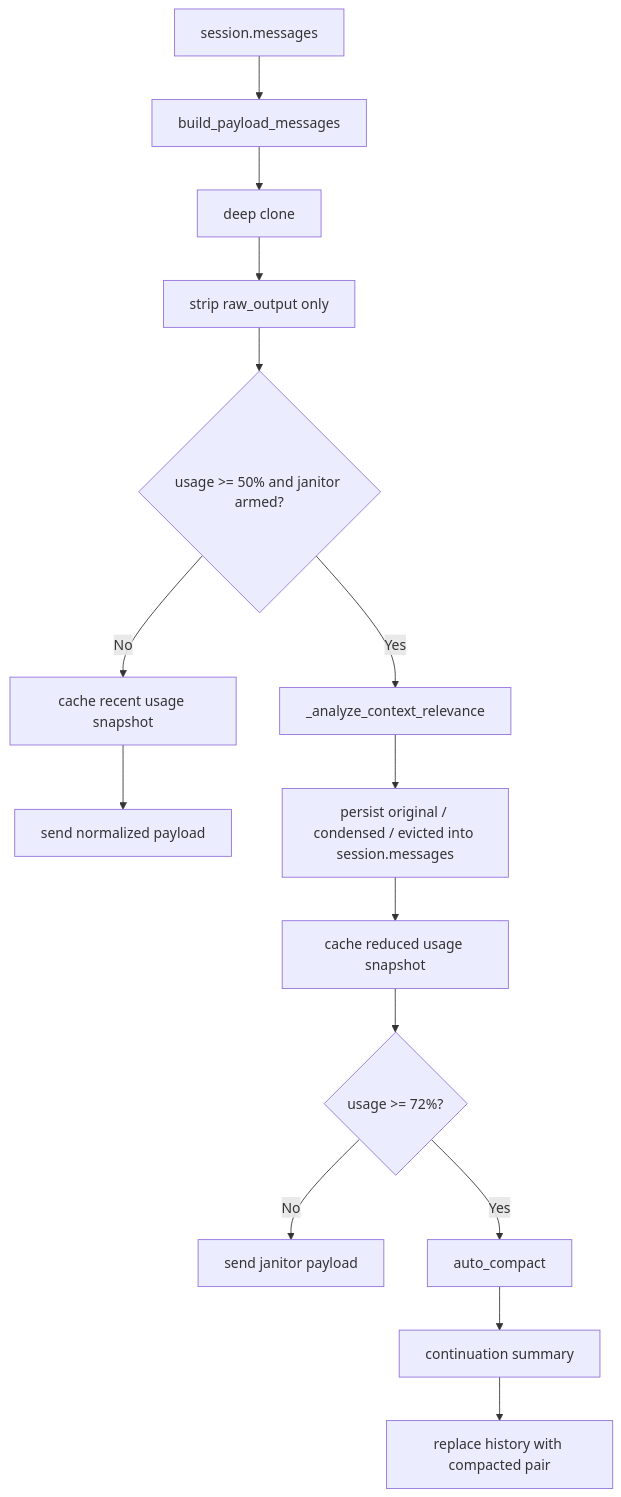
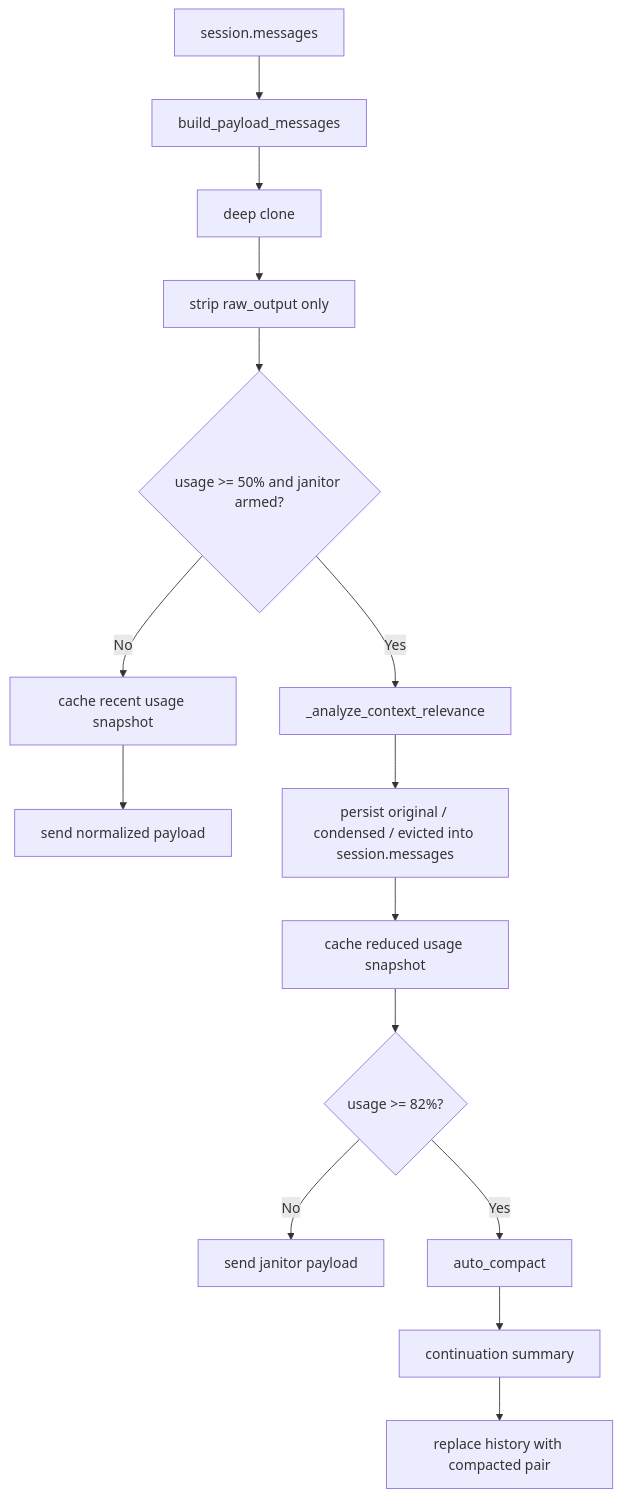
The diagram in Docs/Core/06-上下文治理与压缩.md (keiqkeqi321/somnia), drawn with Mermaid before and after one commit. The commit also changed other lines of this file and 6 other files, not shown here.

````diff
--- a/Docs/Core/06-上下文治理与压缩.md
+++ b/Docs/Core/06-上下文治理与压缩.md
@@ -15,17 +15,17 @@
 ```mermaid
 flowchart TD
     A[session.messages] --> B[build_payload_messages]
     B --> C[deep clone]
     C --> D[strip raw_output only]
     D --> E{usage >= 50% and janitor armed?}
     E -- No --> F[cache recent usage snapshot]
     F --> G[send normalized payload]
     E -- Yes --> H[_analyze_context_relevance]
     H --> I[persist original / condensed / evicted into session.messages]
     I --> J[cache reduced usage snapshot]
-    J --> K{usage >= 72%?}
+    J --> K{usage >= 82%?}
     K -- No --> L[send janitor payload]
     K -- Yes --> M[auto_compact]
     M --> N[continuation summary]
     N --> O[replace history with compacted pair]
 ```
````
